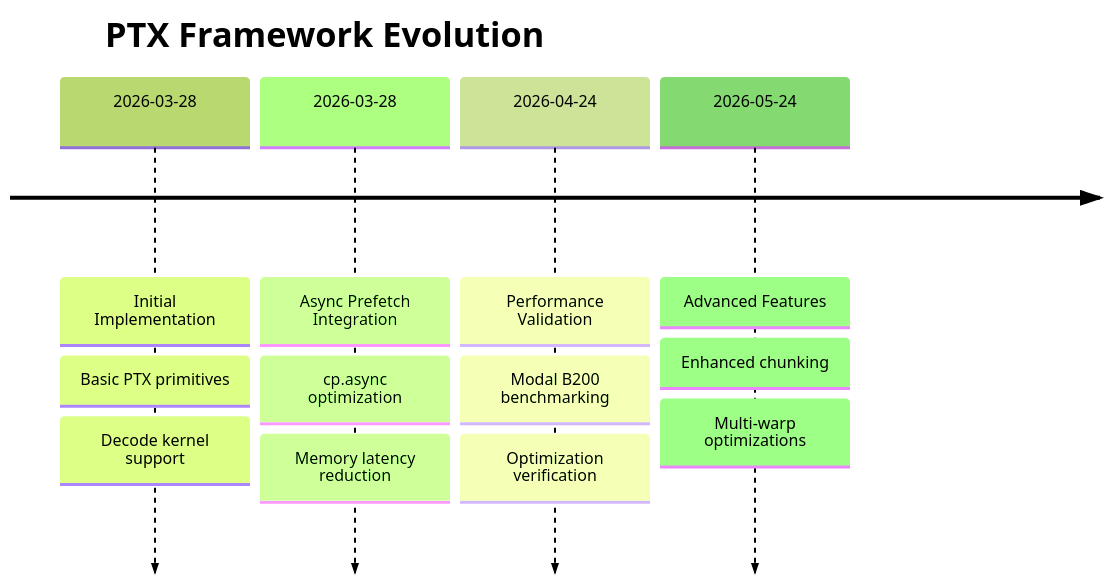
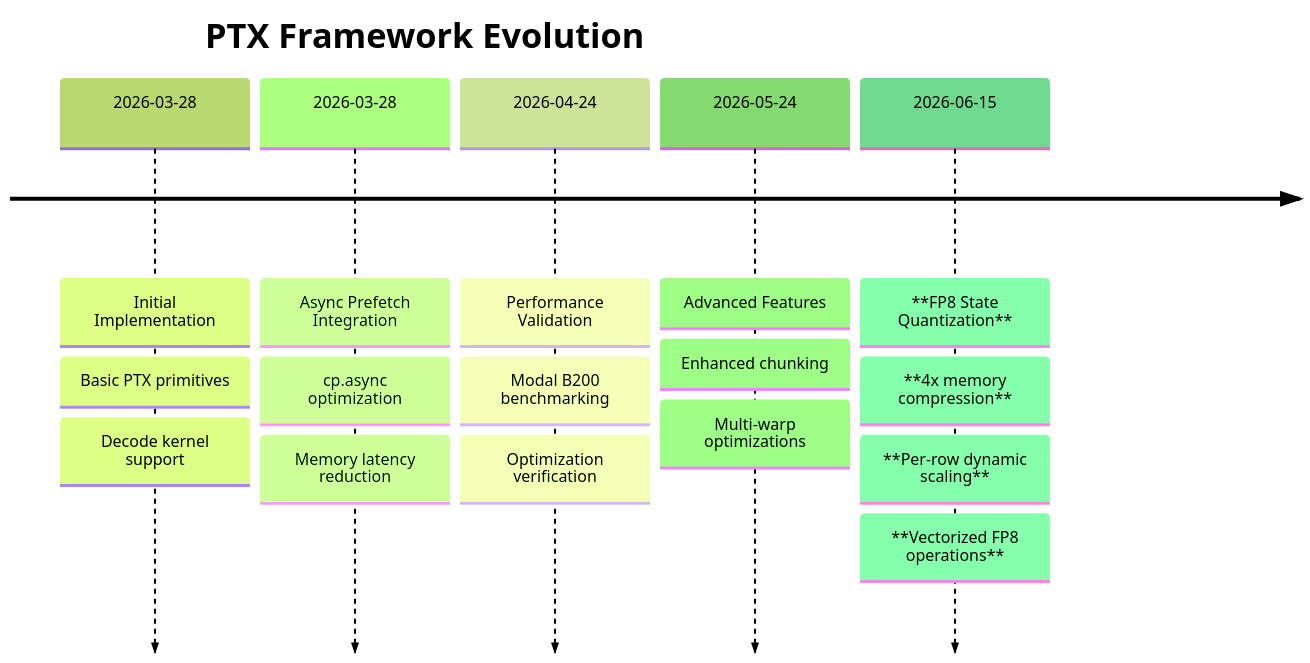
One commit to gugudeshubao/flashinfer-bench-tma-thrust changed the tenth of 12 diagrams in .qoder/repowiki/en/content/Core Kernels/PTX Inline Assembly Kernel Framework.md. Above: the diagram before and after it, drawn with Mermaid (forest theme). The commit also changed other lines of this file and 7 other files, not shown here.

````diff
--- a/.qoder/repowiki/en/content/Core Kernels/PTX Inline Assembly Kernel Framework.md
+++ b/.qoder/repowiki/en/content/Core Kernels/PTX Inline Assembly Kernel Framework.md
@@ -317,16 +375,20 @@
 ```mermaid
 timeline
 title PTX Framework Evolution
 2026-03-28 : Initial Implementation
 : Basic PTX primitives
 : Decode kernel support
 2026-03-28 : Async Prefetch Integration
 : cp.async optimization
 : Memory latency reduction
 2026-04-24 : Performance Validation
 : Modal B200 benchmarking
 : Optimization verification
 2026-05-24 : Advanced Features
 : Enhanced chunking
 : Multi-warp optimizations
+2026-06-15 : **FP8 State Quantization**
+: **4x memory compression**
+: **Per-row dynamic scaling**
+: **Vectorized FP8 operations**
 ```
````
